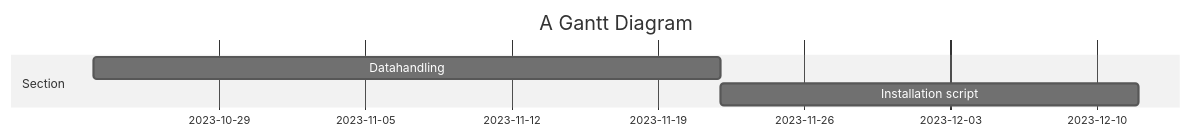
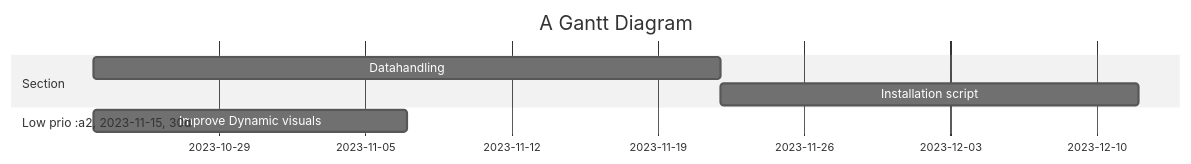
One commit to c-toolbox/Digital-Twin-City-Platform-UE-Public changed the diagram in README.md. Above: the diagram before and after it, drawn with Mermaid (neutral theme).

````diff
--- a/README.md
+++ b/README.md
@@ -24,9 +24,10 @@
 ```mermaid
 gantt
     title A Gantt Diagram
     dateFormat  YYYY-MM-DD
     section Section
     Datahandling             :a1, 2023-10-23, 30d
     Installation script      :after a1  , 20d
-    
+    section Low prio         :a2, 2023-11-15, 30d
+    Improve Dynamic visuals  :after a2, 15d
 ```
````
